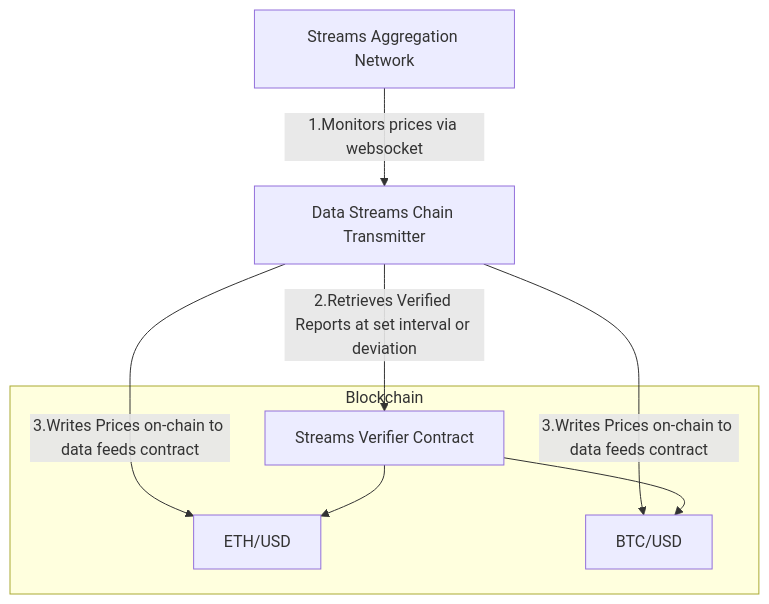
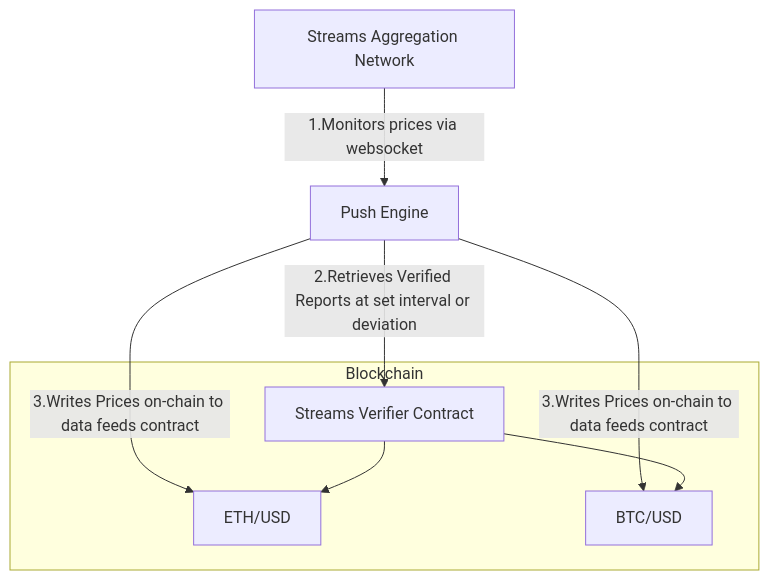
The diagram in README.md (woogieboogie-jl/chainlink-datastreams-transmitter), drawn with Mermaid before and after one commit. The commit also changed other lines of this file and 6 other files, not shown here.

````diff
--- a/README.md
+++ b/README.md
@@ -81,12 +81,12 @@
 ```mermaid
 graph TD
-    A[Streams Aggregation Network] -->|1.Monitors prices via websocket| B[Data Streams Chain Transmitter]
+    A[Streams Aggregation Network] -->|1.Monitors prices via websocket| B[Push Engine]
     B -->|2.Retrieves Verified Reports at set interval or deviation| C[Streams Verifier Contract]
     B -->|3.Writes Prices on-chain to data feeds contract| D[ETH/USD]
     B -->|3.Writes Prices on-chain to data feeds contract| E[BTC/USD]
 
     subgraph Blockchain
         C --> D
         C --> E
     end
 ```
````
